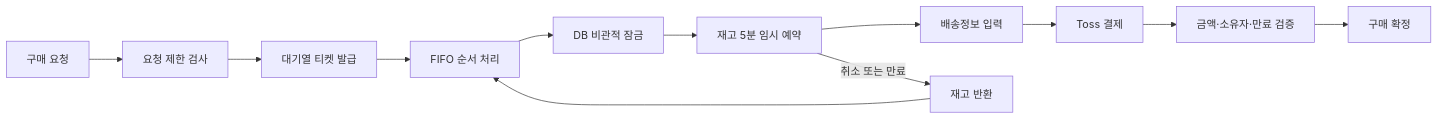
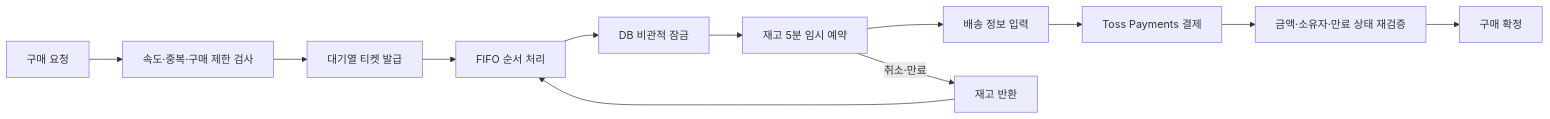
One commit to stone-iron/group-buy changed the first of 2 diagrams in README.md. Above: the diagram before and after it, drawn with Mermaid. The commit also changed other lines of this file, not shown here.

````diff
--- a/README.md
+++ b/README.md
@@ -37,14 +65,14 @@
 ```mermaid
 flowchart LR
-    A[구매 요청] --> B[요청 제한 검사]
+    A[구매 요청] --> B[속도·중복·구매 제한 검사]
     B --> C[대기열 티켓 발급]
     C --> D[FIFO 순서 처리]
     D --> E[DB 비관적 잠금]
     E --> F[재고 5분 임시 예약]
-    F --> G[배송정보 입력]
-    G --> H[Toss 결제]
-    H --> I[금액·소유자·만료 검증]
+    F --> G[배송 정보 입력]
+    G --> H[Toss Payments 결제]
+    H --> I[금액·소유자·만료 상태 재검증]
     I --> J[구매 확정]
-    F -->|취소 또는 만료| K[재고 반환]
+    F -->|취소·만료| K[재고 반환]
     K --> D
 ```
````
